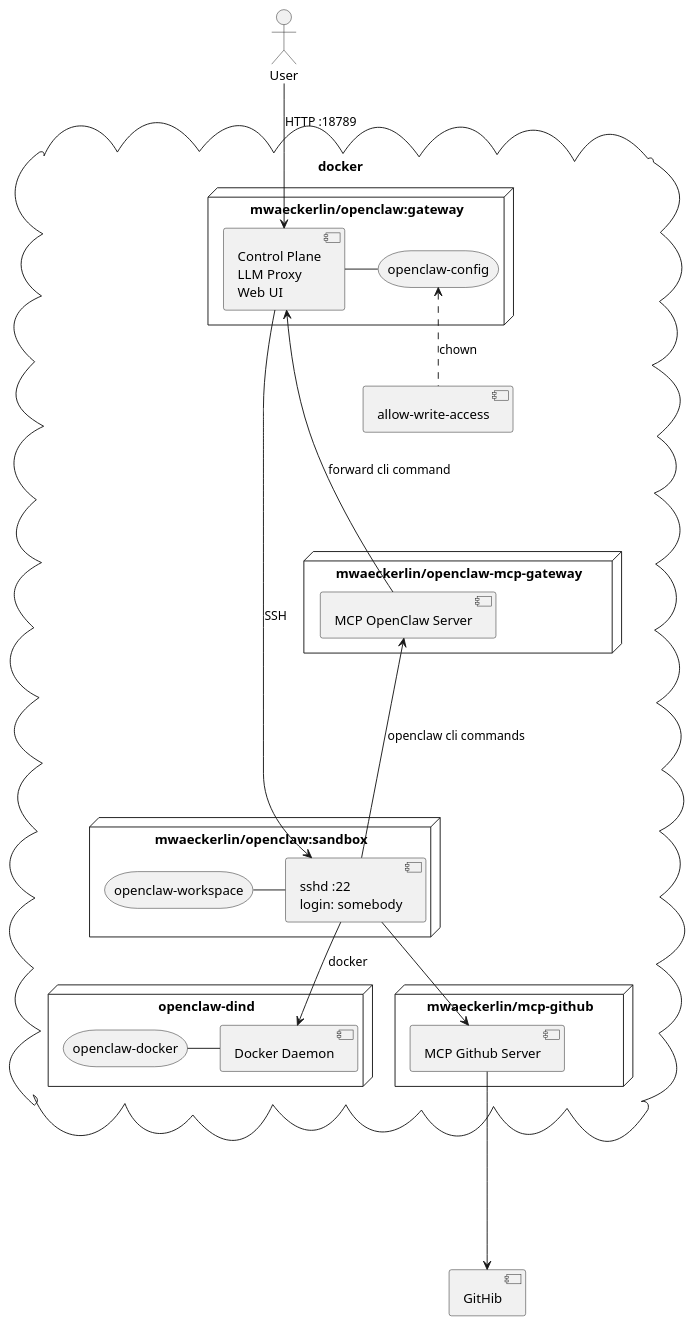
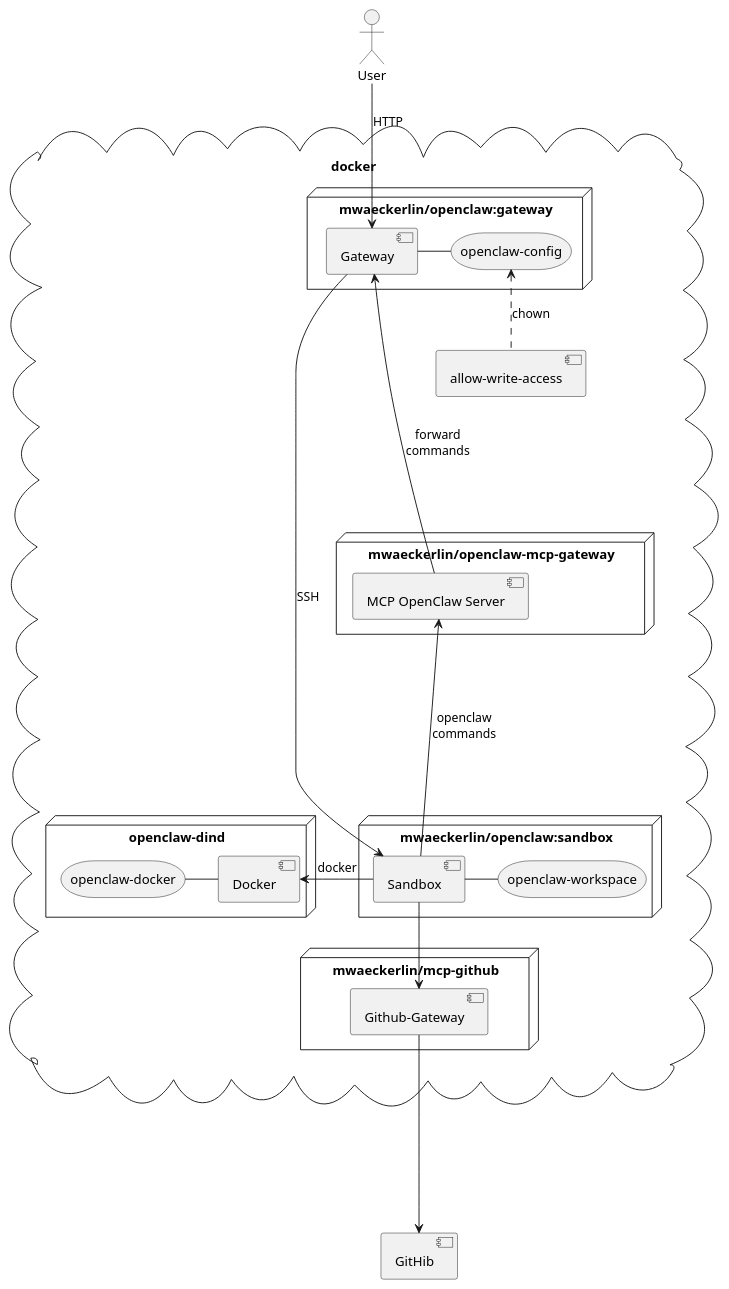
The second of 2 diagrams in README.md (mwaeckerlin/openclaw), drawn with PlantUML before and after one commit. The commit also changed other lines of this file and 2 other files, not shown here.

Commit message:
improved drawing

````diff
--- a/README.md
+++ b/README.md
@@ -80,45 +81,46 @@
 ```plantuml
+
 @startuml architecture
 actor User as user
 
 cloud docker {
 
   node "mwaeckerlin/openclaw:gateway" as gw {
-    [Control Plane\nLLM Proxy\nWeb UI] as ctrl
+    [Gateway] as ctrl
     storage "openclaw-config" as cfg
     ctrl - cfg
   }
 
   node "mwaeckerlin/openclaw-mcp-gateway" {
     [MCP OpenClaw Server] as mcp
   }
 
   node "mwaeckerlin/openclaw:sandbox" as sb {
-    [sshd :22\nlogin: somebody] as sshd
+    [Sandbox] as sshd
     storage "openclaw-workspace" as ws
-    sshd -left- ws
+    sshd -right- ws
   }
 
   node "openclaw-dind" as dind {
-    [Docker Daemon] as dd
+    [Docker] as dd
     storage "openclaw-docker" as dv
     dd -left- dv
   }
 
   node "mwaeckerlin/mcp-github" {
-    [MCP Github Server] as gh
+    [Github-Gateway] as gh
   }
 
   component "allow-write-access" as aw
 }
 
-user --> ctrl : "HTTP :18789"
+user --> ctrl : "HTTP"
 ctrl --> sshd : "SSH"
-sshd --up--> mcp : openclaw cli commands
-mcp --up--> ctrl : forward cli command
+sshd --up--> mcp : openclaw\ncommands
+mcp --up--> ctrl : forward\ncommands
+sshd -left-> dd : docker
+aw .up.> cfg : chown
 sshd --> gh
 gh ----> [GitHib]
-sshd -down-> dd : docker
-aw .up.> cfg : chown
 @enduml
 ```
````
